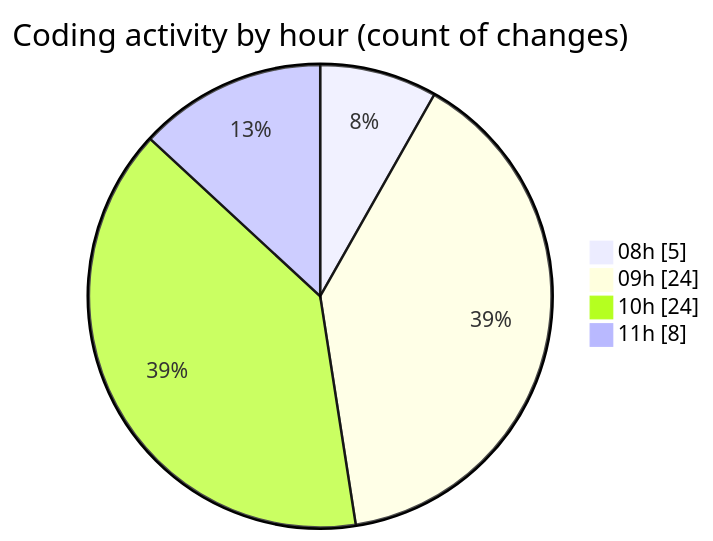
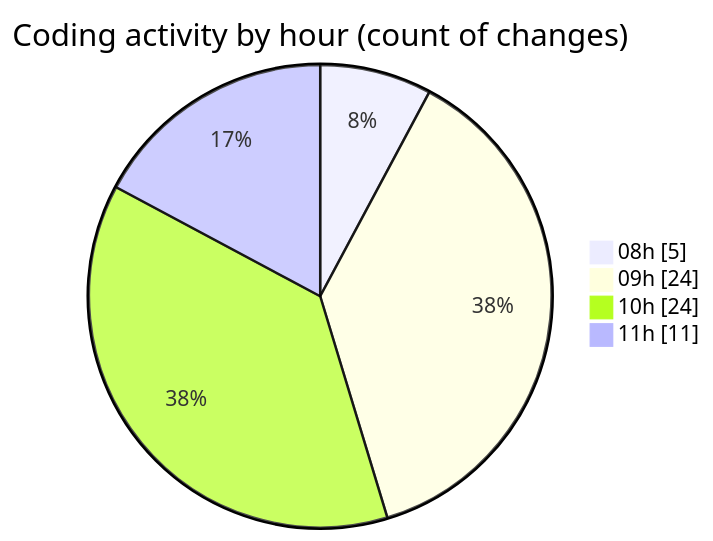
One commit to momahboobian/code-tracking changed the second of 2 diagrams in 2025-11-24/cda/README.md. Above: the diagram before and after it, drawn with Mermaid. The commit also changed other lines of this file and 1 other file, not shown here.

````diff
--- a/2025-11-24/cda/README.md
+++ b/2025-11-24/cda/README.md
@@ -35,8 +37,8 @@
 ```mermaid
 pie showData
 title Coding activity by hour (count of changes)
 "08h" : 5
 "09h" : 24
 "10h" : 24
-"11h" : 8
+"11h" : 11
 ```
````
